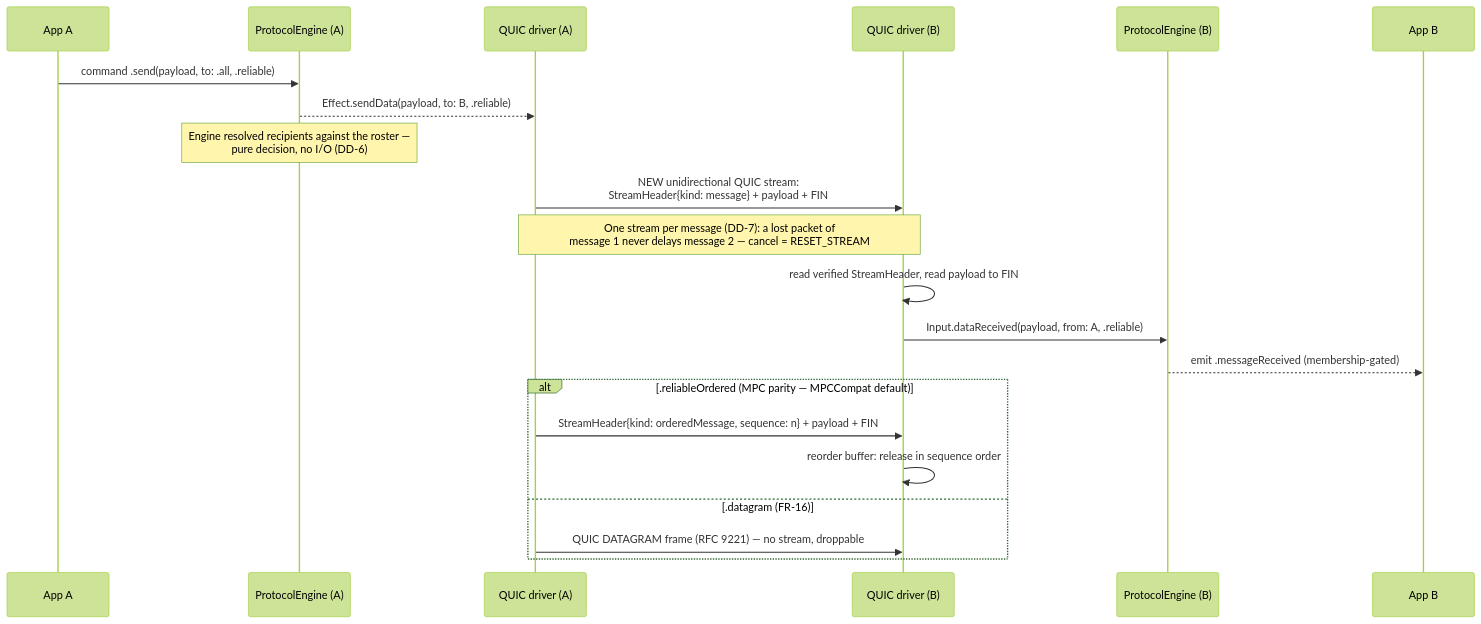
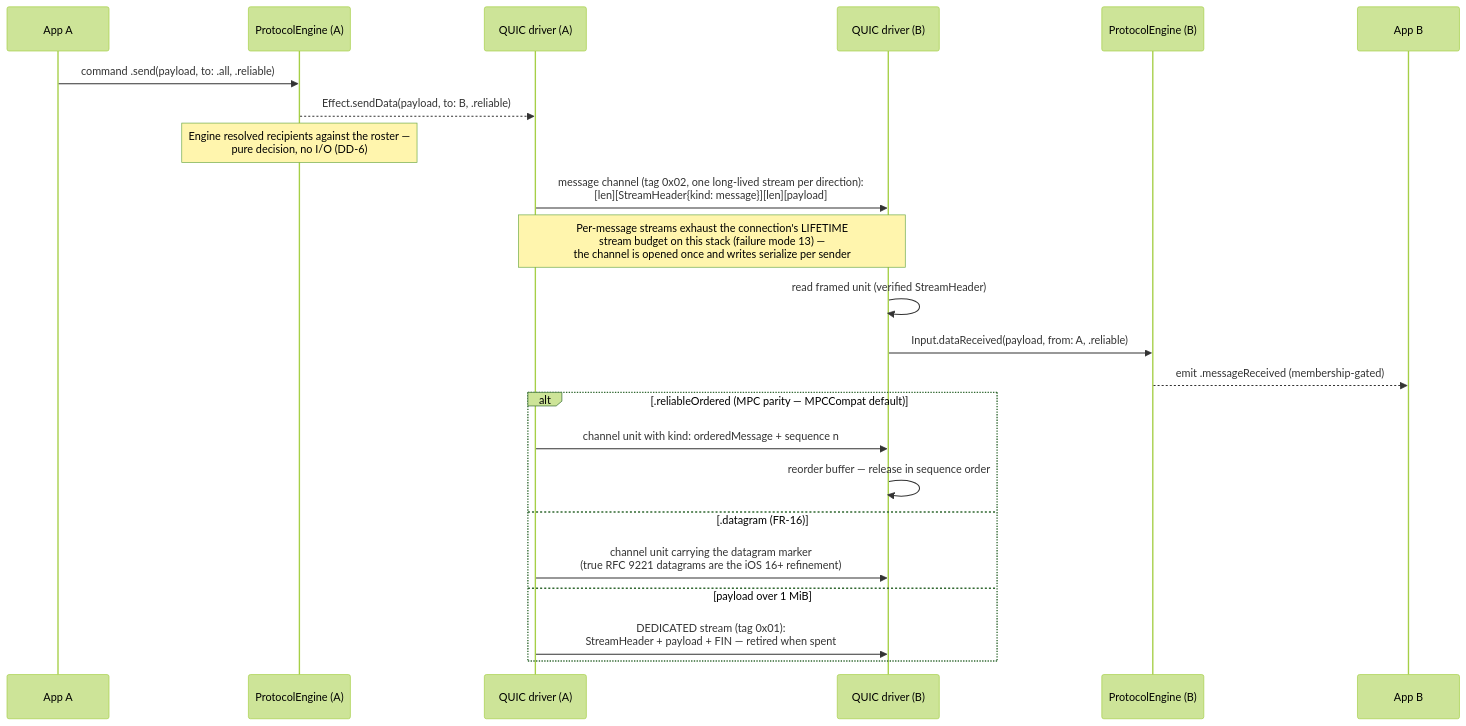
One commit to security-union/Stormo changed the fourth of 8 diagrams in docs/design-mpc-successor.md. Above: the diagram before and after it, drawn with Mermaid (forest theme). The commit also changed other lines of this file, not shown here.

Commit message:
Docs: stream layout coherent with the DD-7 amendment (message channel)
The architecture table, FR-15, the messaging sequence diagram, and the
connection-anatomy diagram all described per-message streams; each peer
pair actually runs three stream classes on one connection — control
(0x00, signaling with total order), one message channel per direction
(0x02, framed StreamHeader+payload for everything ≤ 1 MiB), and
dedicated streams (0x01) for oversized messages, transfers, and app
streams. All eight diagrams validated to render.

````diff
--- a/docs/design-mpc-successor.md
+++ b/docs/design-mpc-successor.md
@@ -326,25 +326,27 @@
 ```mermaid
 sequenceDiagram
     participant AppA as App A
     participant EA as ProtocolEngine (A)
     participant DA as QUIC driver (A)
     participant DB as QUIC driver (B)
     participant EB as ProtocolEngine (B)
     participant AppB as App B
 
     AppA->>EA: command .send(payload, to: .all, .reliable)
     EA-->>DA: Effect.sendData(payload, to: B, .reliable)
     Note over EA: Engine resolved recipients against the roster —<br/>pure decision, no I/O (DD-6)
-    DA->>DB: NEW unidirectional QUIC stream:<br/>StreamHeader{kind: message} + payload + FIN
-    Note over DA,DB: One stream per message (DD-7): a lost packet of<br/>message 1 never delays message 2 — cancel = RESET_STREAM
-    DB->>DB: read verified StreamHeader, read payload to FIN
+    DA->>DB: message channel (tag 0x02, one long-lived stream per direction):<br/>[len][StreamHeader{kind: message}][len][payload]
+    Note over DA,DB: Per-message streams exhaust the connection's LIFETIME<br/>stream budget on this stack (failure mode 13) —<br/>the channel is opened once and writes serialize per sender
+    DB->>DB: read framed unit (verified StreamHeader)
     DB->>EB: Input.dataReceived(payload, from: A, .reliable)
     EB-->>AppB: emit .messageReceived (membership-gated)
 
     alt .reliableOrdered (MPC parity — MPCCompat default)
-        DA->>DB: StreamHeader{kind: orderedMessage, sequence: n} + payload + FIN
-        DB->>DB: reorder buffer: release in sequence order
+        DA->>DB: channel unit with kind: orderedMessage + sequence n
+        DB->>DB: reorder buffer — release in sequence order
     else .datagram (FR-16)
-        DA->>DB: QUIC DATAGRAM frame (RFC 9221) — no stream, droppable
+        DA->>DB: channel unit carrying the datagram marker<br/>(true RFC 9221 datagrams are the iOS 16+ refinement)
+    else payload over 1 MiB
+        DA->>DB: DEDICATED stream (tag 0x01):<br/>StreamHeader + payload + FIN — retired when spent
     end
 ```
````
